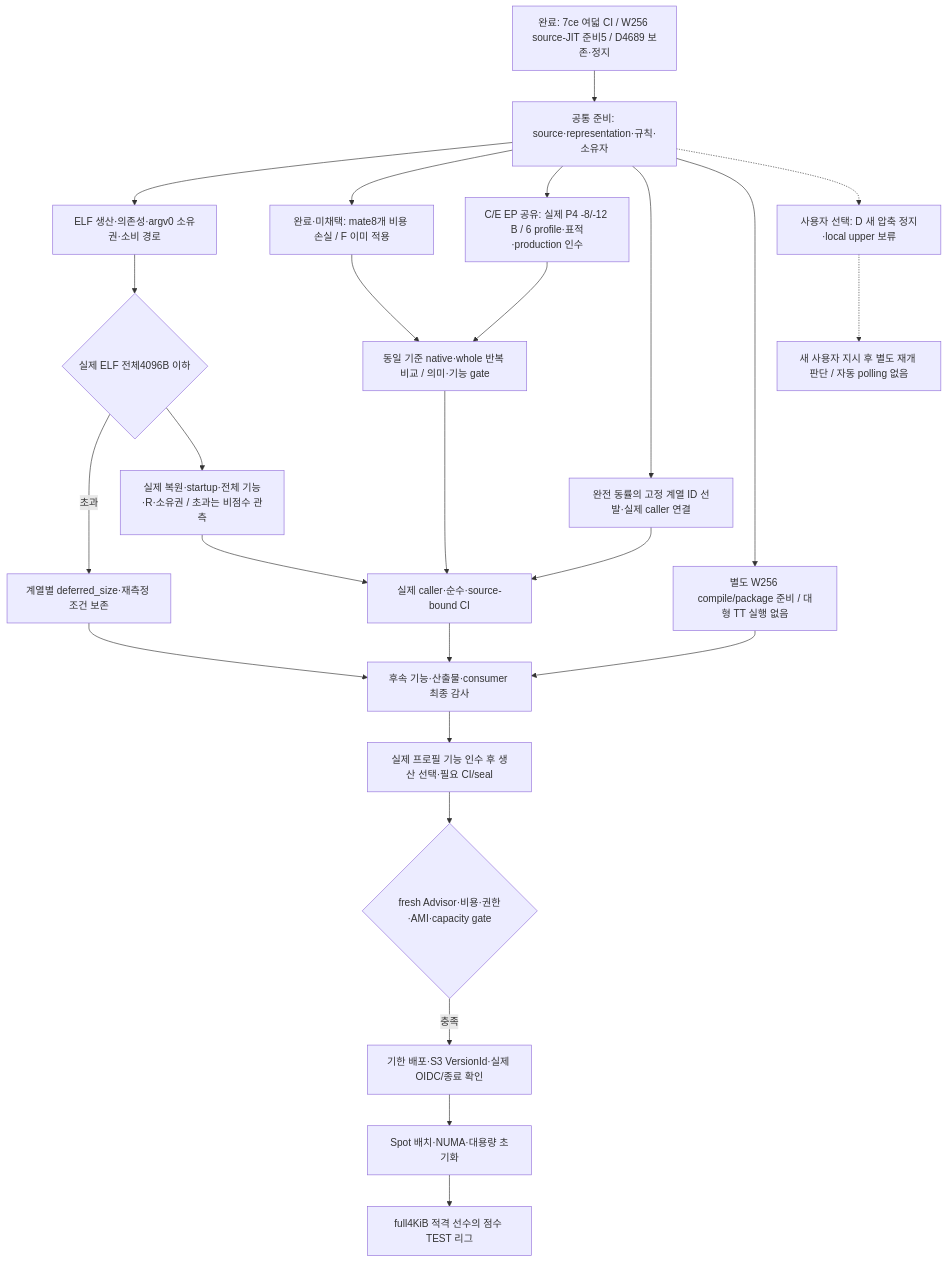
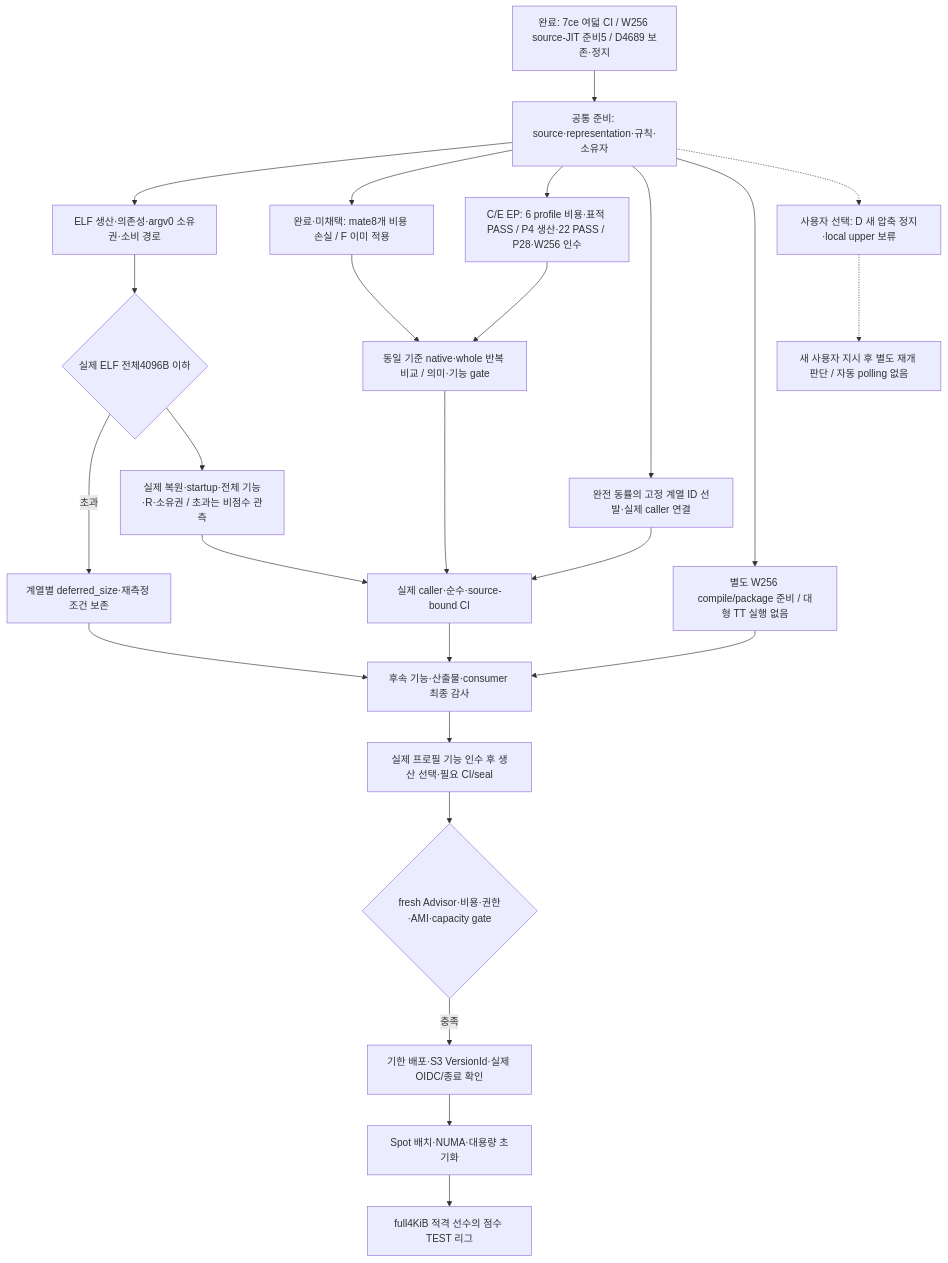
Before and after one commit to daejunnom/Rove4k: the fourth of 4 diagrams in docs/ENGINE-PLAN.ko.md, drawn with Mermaid. The commit also changed other lines of this file and 10 other files, not shown here.

```diff
--- a/docs/ENGINE-PLAN.ko.md
+++ b/docs/ENGINE-PLAN.ko.md
@@ -710,27 +710,27 @@
 ~~~mermaid
 flowchart TD
   DONE[완료: 7ce 여덟 CI / W256 source-JIT 준비5 / D4689 보존·정지] --> PREP[공통 준비: source·representation·규칙·소유자]
   PREP --> ELF[ELF 생산·의존성·argv0 소유권·소비 경로]
   PREP --> MATE[완료·미채택: mate8개 비용 손실 / F 이미 적용]
-  PREP --> EP[C/E EP 공유: 실제 P4 -8/-12 B / 6 profile·표적·production 인수]
+  PREP --> EP[C/E EP: 6 profile 비용·표적 PASS / P4 생산·22 PASS / P28·W256 인수]
   PREP --> LEAGUEFIX[완전 동률의 고정 계열 ID 선발·실제 caller 연결]
   PREP --> W256[별도 W256 compile/package 준비 / 대형 TT 실행 없음]
   ELF --> SIZE{실제 ELF 전체4096B 이하}
   SIZE -->|초과| DEFER[계열별 deferred_size·재측정 조건 보존]
   SIZE --> ELFR[실제 복원·startup·전체 기능·R·소유권 / 초과는 비점수 관측]
   MATE --> COST[동일 기준 native·whole 반복 비교 / 의미·기능 gate]
   EP --> COST
   LEAGUEFIX --> CI[실제 caller·순수·source-bound CI]
   COST --> CI
   ELFR --> CI
   DEFER --> NEXTAUDIT[후속 기능·산출물·consumer 최종 감사]
   W256 --> NEXTAUDIT
   CI --> NEXTAUDIT
   PREP -.-> DHOLD[사용자 선택: D 새 압축 정지·local upper 보류]
   DHOLD -.-> RESUME[새 사용자 지시 후 별도 재개 판단 / 자동 polling 없음]
   NEXTAUDIT --> SELECT[실제 프로필 기능 인수 후 생산 선택·필요 CI/seal]
   SELECT --> GATE{fresh Advisor·비용·권한·AMI·capacity gate}
   GATE -->|충족| LIVE[기한 배포·S3 VersionId·실제 OIDC/종료 확인]
   LIVE --> NUMA[Spot 배치·NUMA·대용량 초기화]
   NUMA --> LEAGUE[full4KiB 적격 선수의 점수 TEST 리그]
 ~~~
```
